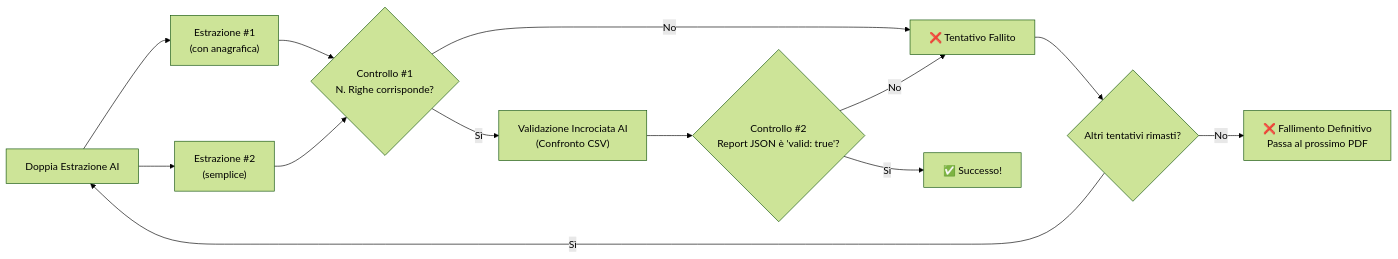
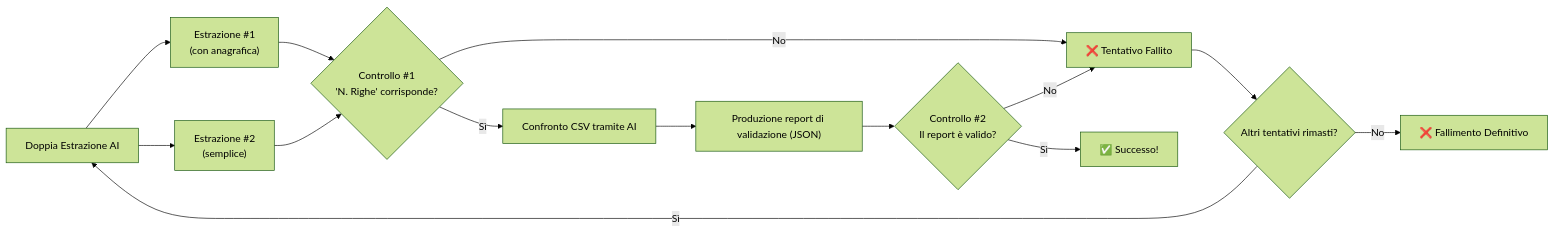
One commit to opendatasicilia/emergenza-idrica-sicilia changed the diagram in scripts/README.md. Above: the diagram before and after it, drawn with Mermaid (forest theme).

````diff
--- a/scripts/README.md
+++ b/scripts/README.md
@@ -9,21 +9,24 @@
   ```mermaid
   flowchart LR
     
     D["Doppia Estrazione AI"];
     D --> E["Estrazione #1<br/>(con anagrafica)"];
     D --> F["Estrazione #2<br/>(semplice)"];
 
-    E --> G{"Controllo #1<br/>N. Righe corrisponde?"};
+    E --> G{"Controllo #1<br/>'N. Righe' corrisponde?"};
     F --> G;
 
     G -- "No" --> H["❌ Tentativo Fallito"];
-    G -- "Sì" --> I["Validazione Incrociata AI<br/>(Confronto CSV)"];
+    G -- "Sì" --> I["Confronto CSV tramite AI"];
     
-    I --> J{"Controllo #2<br/>Report JSON è 'valid: true'?"};
+    I --> I2["Produzione report di validazione (JSON)"];
+    I2 --> J{"Controllo #2<br/>Il report è valido?"};
+
     J -- "No" --> H;
     J -- "Sì" --> K["✅ Successo!"];
     
     H --> L{"Altri tentativi rimasti?"};
-    L -- "No" --> N["❌ Fallimento Definitivo<br/>Passa al prossimo PDF"];
+    L -- "No" --> N["❌ Fallimento Definitivo"];
     L -- "Sì" --> D
+
   ```
````
